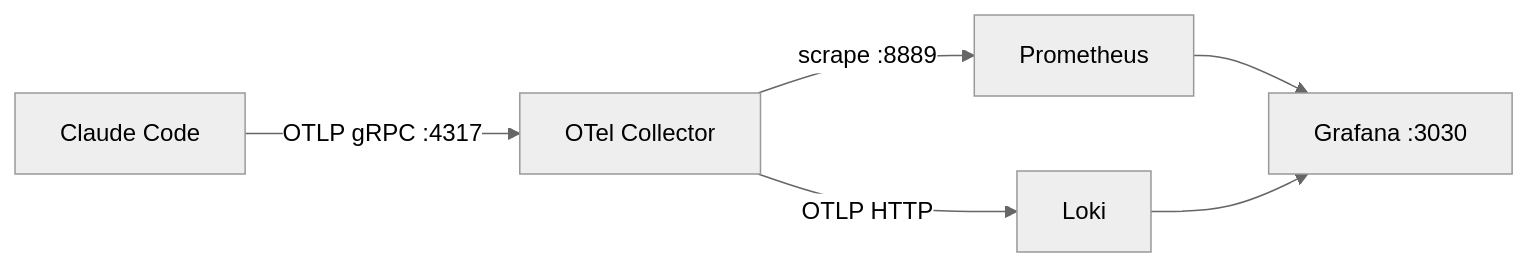
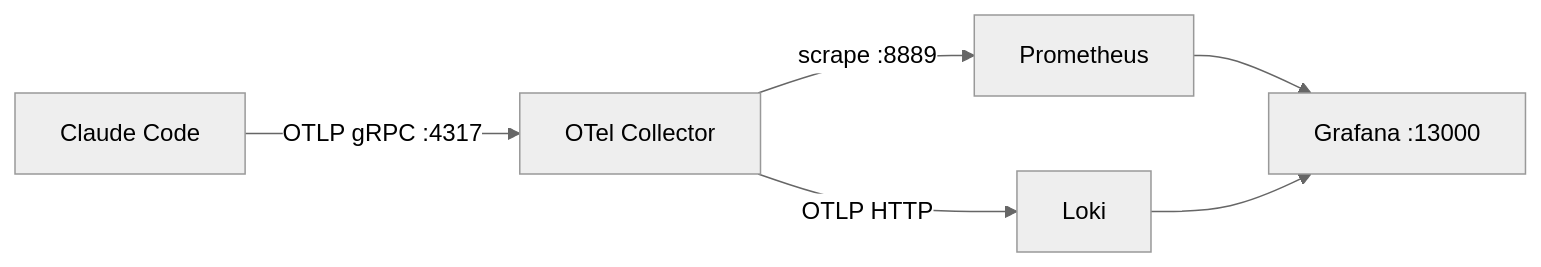
The diagram in README.md (bemaru/claude-code-monitoring), drawn with Mermaid (neutral theme) before and after one commit. The commit also changed other lines of this file and 3 other files, not shown here.

````diff
--- a/README.md
+++ b/README.md
@@ -7,8 +7,8 @@
 ```mermaid
 flowchart LR
     CC[Claude Code] -->|OTLP gRPC :4317| OC[OTel Collector]
     OC -->|scrape :8889| P[Prometheus]
     OC -->|OTLP HTTP| L[Loki]
-    P --> G[Grafana :3030]
+    P --> G[Grafana :13000]
     L --> G
 ```
````
